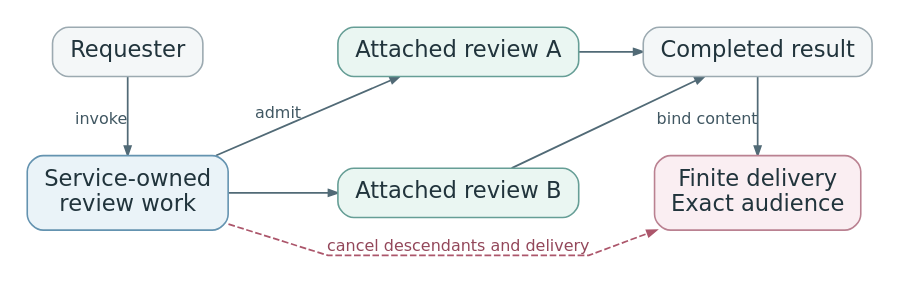
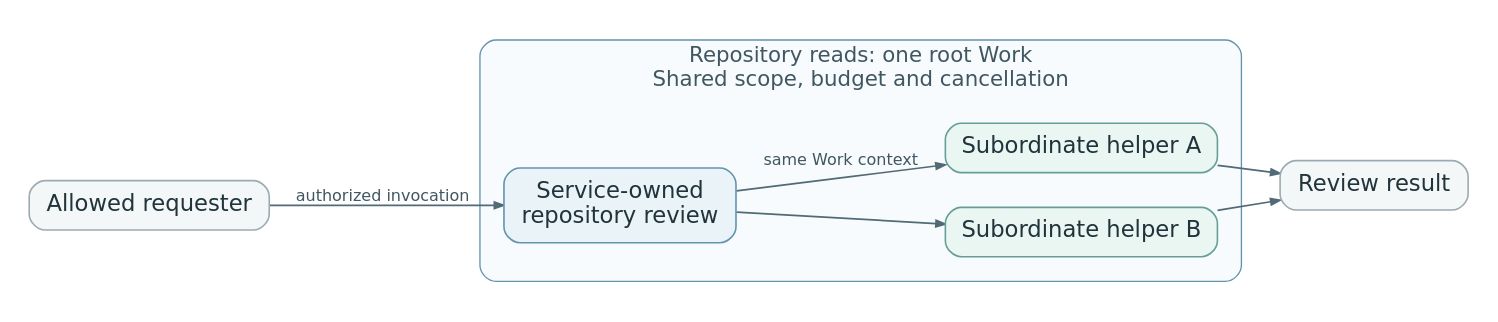
Before and after one commit to openclaw/rfcs: the diagram in rfcs/0036/work-and-children.dot, drawn with Graphviz. The commit also changed 4 other files, not shown here.

Commit message:
docs: scope initial Work authority and defer durable children

```diff
--- a/rfcs/0036/work-and-children.dot
+++ b/rfcs/0036/work-and-children.dot
@@ -1,57 +1,57 @@
-digraph WorkAndChildren {
+digraph RootWork {
   graph [
     rankdir=LR,
     bgcolor="white",
-    pad=0.18,
-    nodesep=0.42,
-    ranksep=0.56,
+    pad=0.20,
+    nodesep=0.36,
+    ranksep=0.55,
     splines=polyline,
     outputorder=edgesfirst,
     fontname="DejaVu Sans"
   ];
   node [
     shape=box,
     style="rounded,filled",
     color="#9CAAB1",
     fillcolor="#F4F7F8",
     fontcolor="#21343C",
     fontname="DejaVu Sans",
     fontsize=17,
     margin="0.18,0.13",
     penwidth=1.2
   ];
   edge [
     color="#516A76",
     fontcolor="#405762",
     fontname="DejaVu Sans",
     fontsize=12,
     arrowsize=0.7,
     penwidth=1.3
   ];
 
-  requester [label="Requester", group="top"];
-  work [label="Service-owned\nreview work", color="#6493B0", fillcolor="#EAF3F8", group="bottom"];
-  child_a [label="Attached review A", color="#669E96", fillcolor="#EAF6F2", group="top"];
-  child_b [label="Attached review B", color="#669E96", fillcolor="#EAF6F2", group="bottom"];
-  result [label="Completed result", group="top"];
-  delivery [label="Finite delivery\nExact audience", color="#BA8191", fillcolor="#FAEEF2", group="bottom"];
+  requester [label="Allowed requester"];
+  result [label="Review result"];
 
-  { rank=same; requester; work; }
-  { rank=same; child_a; child_b; }
-  { rank=same; result; delivery; }
-  requester -> child_a [style=invis, weight=100];
-  child_b -> delivery [style=invis, weight=100];
-  requester -> work [xlabel="invoke"];
-  work -> child_a [label="admit"];
-  work -> child_b;
-  child_a -> result [weight=100];
-  child_b -> result;
-  result -> delivery [xlabel="bind content"];
-  work -> delivery [
-    label="cancel descendants and delivery",
-    style=dashed,
-    color="#AC566B",
-    fontcolor="#93475A",
-    constraint=false
-  ];
+  subgraph cluster_root {
+    label="Repository reads: one root Work\nShared scope, budget and cancellation";
+    labelloc="t";
+    fontsize=16;
+    fontcolor="#405762";
+    color="#6493B0";
+    fillcolor="#F8FBFD";
+    style="rounded,filled";
+    margin=18;
+
+    work [label="Service-owned\nrepository review", color="#6493B0", fillcolor="#EAF3F8"];
+    helper_a [label="Subordinate helper A", color="#669E96", fillcolor="#EAF6F2"];
+    helper_b [label="Subordinate helper B", color="#669E96", fillcolor="#EAF6F2"];
+
+    { rank=same; helper_a; helper_b; }
+    work -> helper_a [label="same Work context"];
+    work -> helper_b;
+  }
+
+  requester -> work [label="authorized invocation"];
+  helper_a -> result;
+  helper_b -> result;
 }
```
